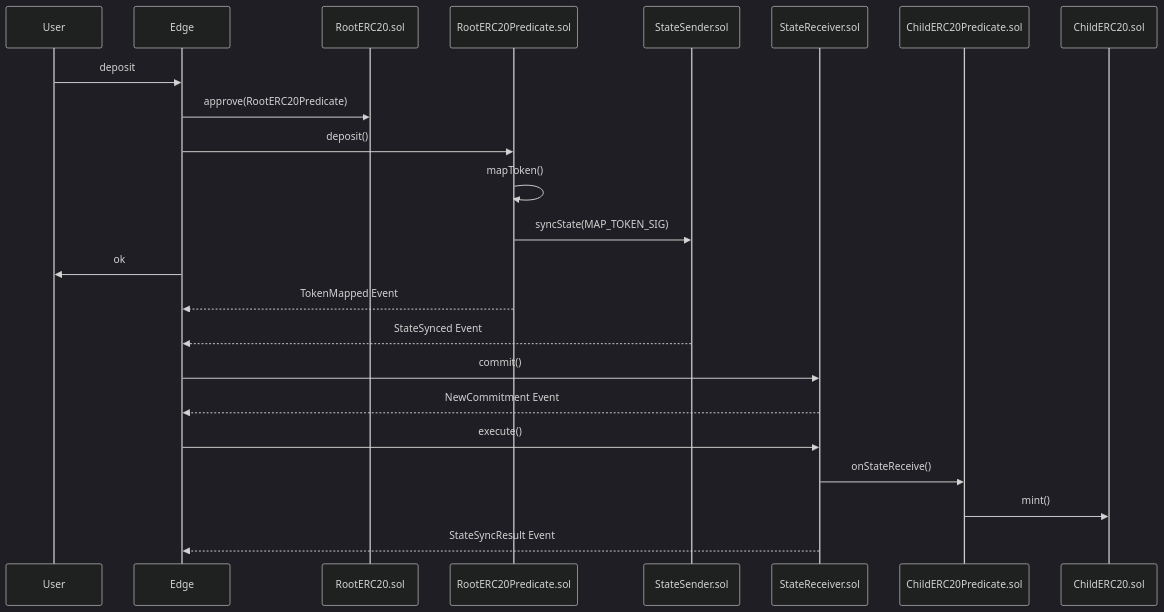
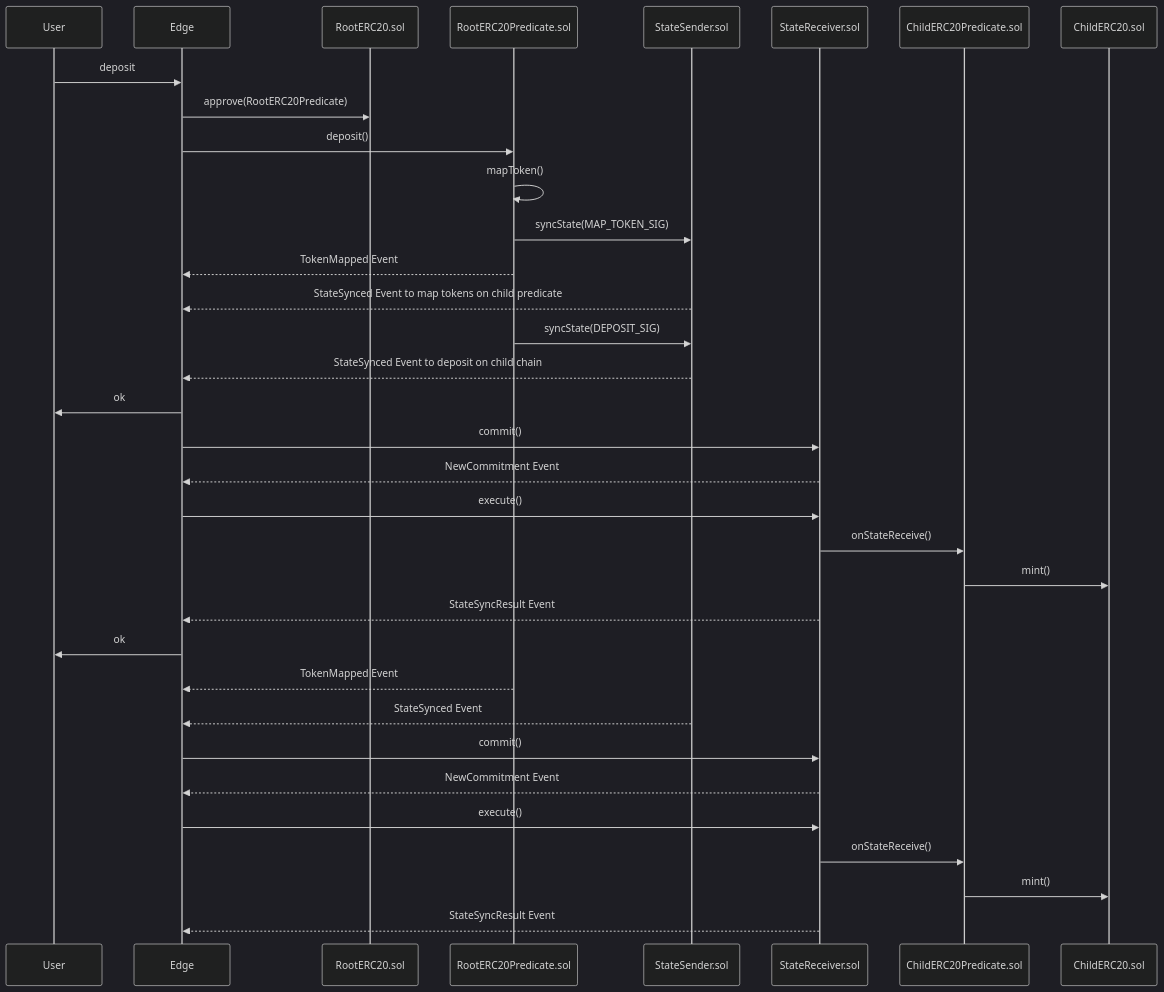
One commit to 0xPolygon/polygon-edge changed the first of 3 diagrams in docs/bridge/sequences.md. Above: the diagram before and after it, drawn with Mermaid (dark theme).

Commit message:
Add DEPOSIT_SIG flow

````diff
--- a/docs/bridge/sequences.md
+++ b/docs/bridge/sequences.md
@@ -5,17 +5,28 @@
 ```mermaid
 sequenceDiagram
 	User->>Edge: deposit
 	Edge->>RootERC20.sol: approve(RootERC20Predicate)
 	Edge->>RootERC20Predicate.sol: deposit()
 	RootERC20Predicate.sol->>RootERC20Predicate.sol: mapToken()
 	RootERC20Predicate.sol->>StateSender.sol: syncState(MAP_TOKEN_SIG)
+	RootERC20Predicate.sol-->>Edge: TokenMapped Event
+	StateSender.sol-->>Edge: StateSynced Event to map tokens on child predicate
+	RootERC20Predicate.sol->>StateSender.sol: syncState(DEPOSIT_SIG)
+	StateSender.sol-->>Edge: StateSynced Event to deposit on child chain
+	Edge->>User: ok
+	Edge->>StateReceiver.sol:commit()
+	StateReceiver.sol-->>Edge: NewCommitment Event
+	Edge->>StateReceiver.sol:execute()
+	StateReceiver.sol->>ChildERC20Predicate.sol:onStateReceive()
+	ChildERC20Predicate.sol->>ChildERC20.sol: mint()
+	StateReceiver.sol-->>Edge:StateSyncResult Event
 	Edge->>User: ok
 	RootERC20Predicate.sol-->>Edge: TokenMapped Event
 	StateSender.sol-->>Edge: StateSynced Event
 	Edge->>StateReceiver.sol:commit()
 	StateReceiver.sol-->>Edge: NewCommitment Event
 	Edge->>StateReceiver.sol:execute()
 	StateReceiver.sol->>ChildERC20Predicate.sol:onStateReceive()
 	ChildERC20Predicate.sol->>ChildERC20.sol: mint()
 	StateReceiver.sol-->>Edge:StateSyncResult Event
 ```
````
